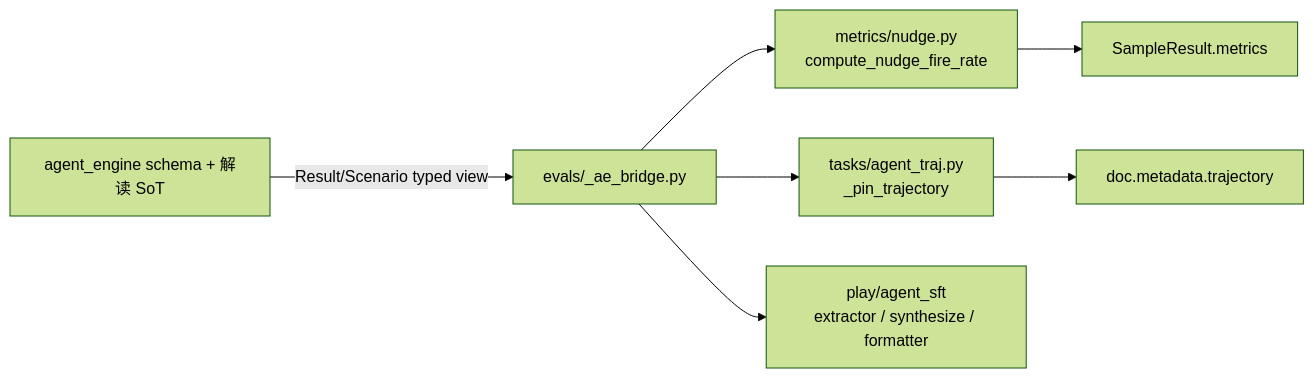
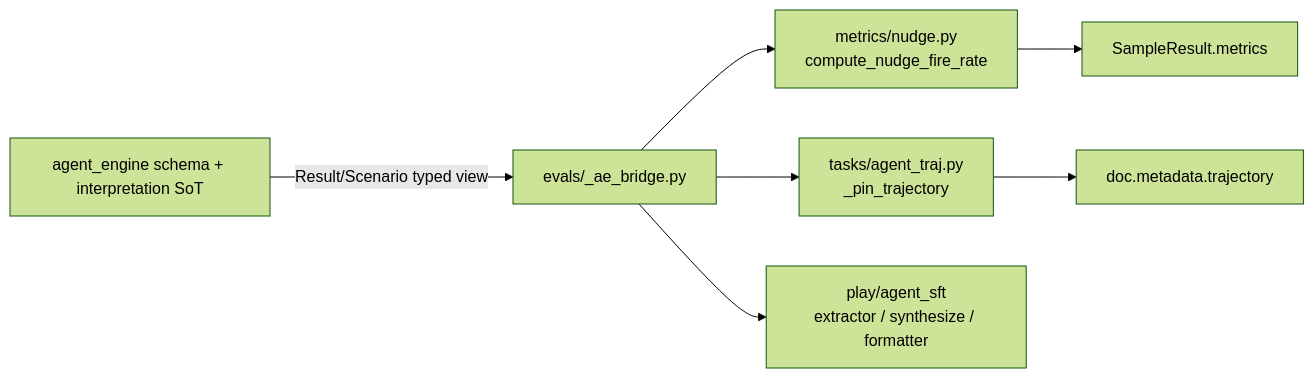
Before and after one commit to AndyUneducated/alchemy: the eighth of 8 diagrams in play/evals/JOURNAL.md, drawn with Mermaid (forest theme). The commit also changed other lines of this file and 197 other files, not shown here.

````diff
--- a/play/evals/JOURNAL.md
+++ b/play/evals/JOURNAL.md
@@ -402,9 +402,9 @@
 ```mermaid
 flowchart LR
-    AE[agent_engine schema + 解读 SoT] -->|Result/Scenario typed view| BR[evals/_ae_bridge.py]
+    AE[agent_engine schema + interpretation SoT] -->|Result/Scenario typed view| BR[evals/_ae_bridge.py]
     BR --> M1[metrics/nudge.py<br/>compute_nudge_fire_rate]
     BR --> T1[tasks/agent_traj.py<br/>_pin_trajectory]
     BR --> SFT[play/agent_sft<br/>extractor / synthesize / formatter]
     M1 --> SR[SampleResult.metrics]
     T1 --> DM[doc.metadata.trajectory]
 ```
````
